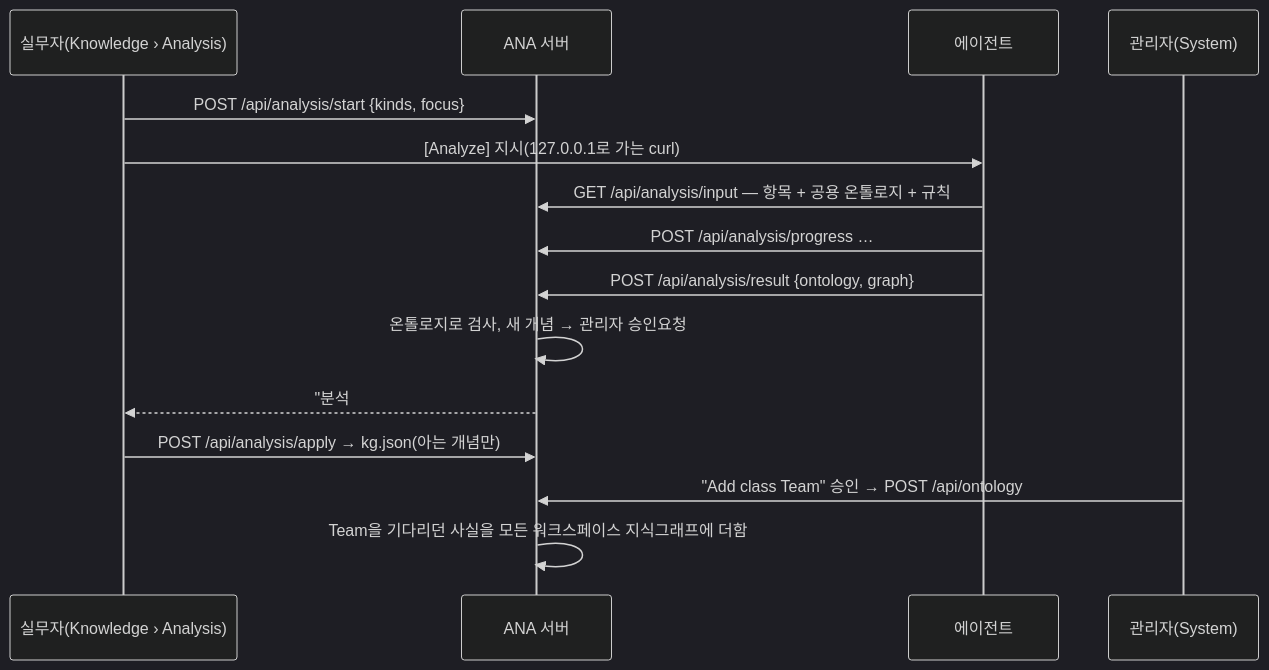
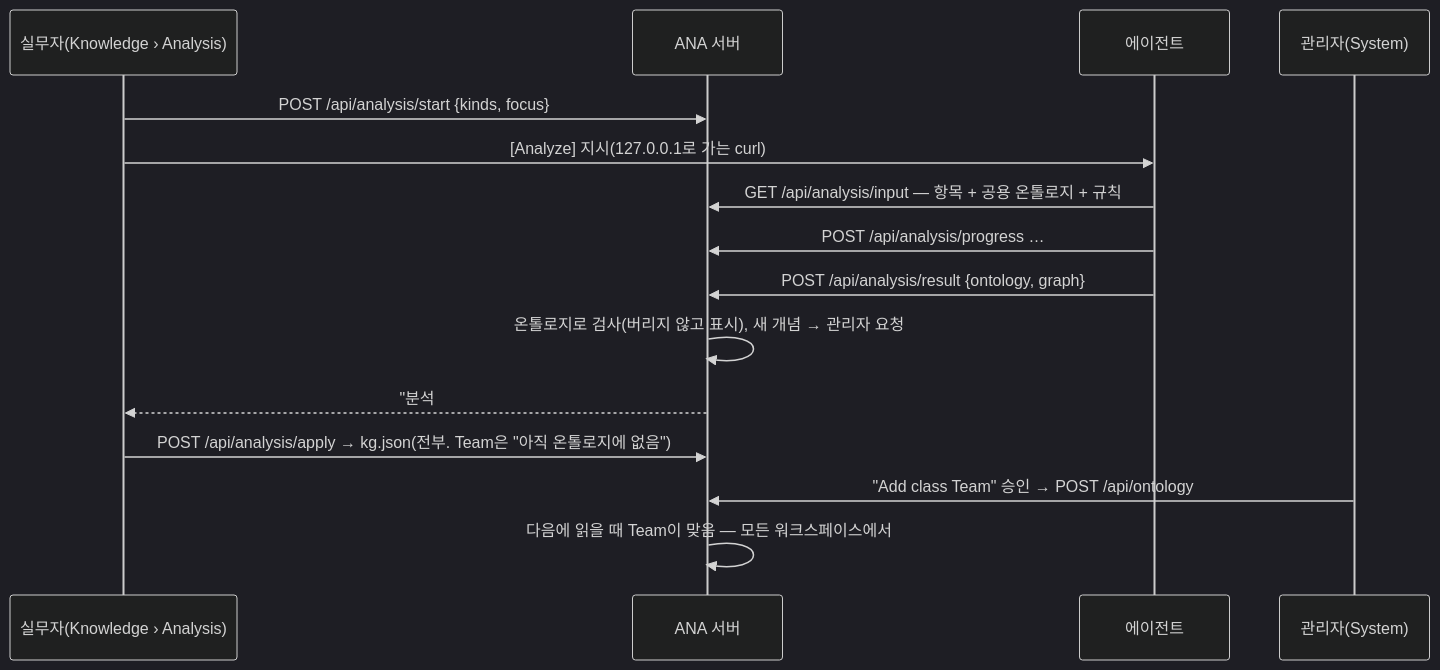
The second of 2 diagrams in docs/relations.ko.md (tykimos/agent-native-agent), drawn with Mermaid (dark theme) before and after one commit. The commit also changed other lines of this file and 14 other files, not shown here.

````diff
--- a/docs/relations.ko.md
+++ b/docs/relations.ko.md
@@ -34,17 +53,17 @@
 ```mermaid
 sequenceDiagram
   participant M as 실무자(Knowledge › Analysis)
   participant S as ANA 서버
   participant A as 에이전트
   participant AD as 관리자(System)
   M->>S: POST /api/analysis/start {kinds, focus}
   M->>A: [Analyze] 지시(127.0.0.1로 가는 curl)
   A->>S: GET /api/analysis/input — 항목 + 공용 온톨로지 + 규칙
   A->>S: POST /api/analysis/progress …
   A->>S: POST /api/analysis/result {ontology, graph}
-  S->>S: 온톨로지로 검사, 새 개념 → 관리자 승인요청
+  S->>S: 온톨로지로 검사(버리지 않고 표시), 새 개념 → 관리자 요청
   S-->>M: "분석 #N을 지식그래프에 더할까요?"(Inbox › Approvals)
-  M->>S: POST /api/analysis/apply → kg.json(아는 개념만)
+  M->>S: POST /api/analysis/apply → kg.json(전부. Team은 "아직 온톨로지에 없음")
   AD->>S: "Add class Team" 승인 → POST /api/ontology
-  S->>S: Team을 기다리던 사실을 모든 워크스페이스 지식그래프에 더함
+  S->>S: 다음에 읽을 때 Team이 맞음 — 모든 워크스페이스에서
 ```
````
